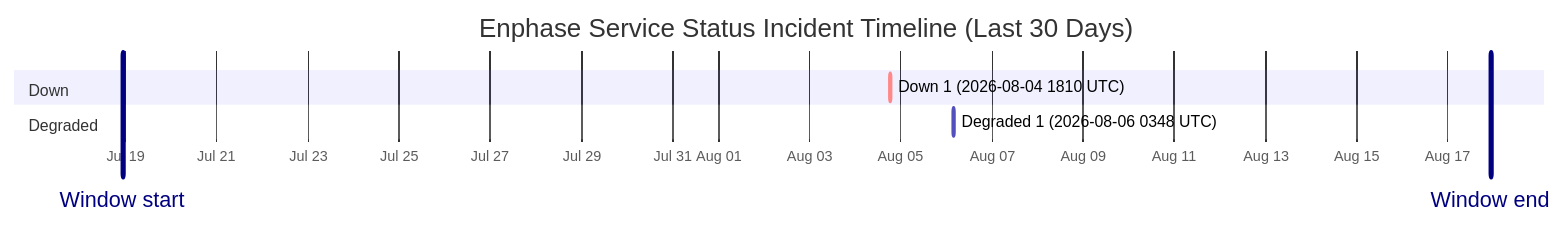
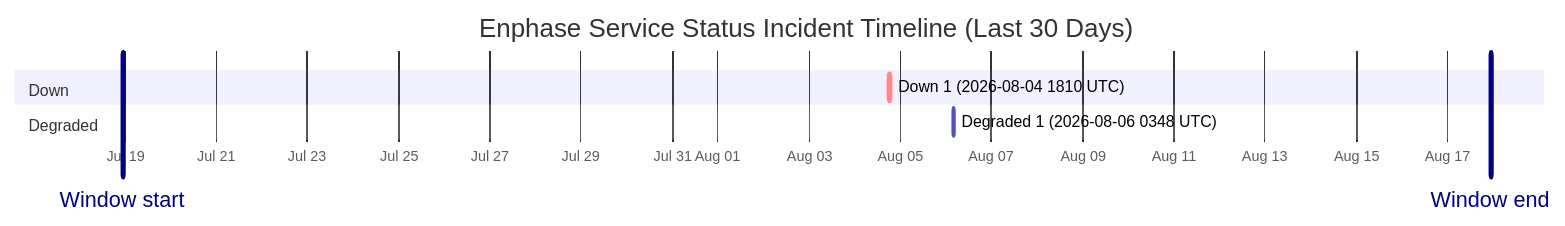
The diagram in wiki/Service-Status-History.md (barneyonline/ha-enphase-energy), drawn with Mermaid before and after one commit. The commit also changed other lines of this file and 3 other files, not shown here.

````diff
--- a/wiki/Service-Status-History.md
+++ b/wiki/Service-Status-History.md
@@ -14,12 +14,12 @@
 ```mermaid
 gantt
     title Enphase Service Status Incident Timeline (Last 30 Days)
     dateFormat  YYYY-MM-DDTHH:mm:ss
     axisFormat  %b %d
-    Window start :vert, window-start, 2026-07-18T22:21:46, 0ms
-    Window end :vert, window-end, 2026-08-17T22:21:46, 0ms
+    Window start :vert, window-start, 2026-07-18T22:49:32, 0ms
+    Window end :vert, window-end, 2026-08-17T22:49:32, 0ms
     section Down
     Down 1 (2026-08-04 1810 UTC) :crit, down-1, 2026-08-04T18:10:46, 60m
     section Degraded
     Degraded 1 (2026-08-06 0348 UTC) :active, degraded-1, 2026-08-06T03:48:14, 60m
 ```
````
